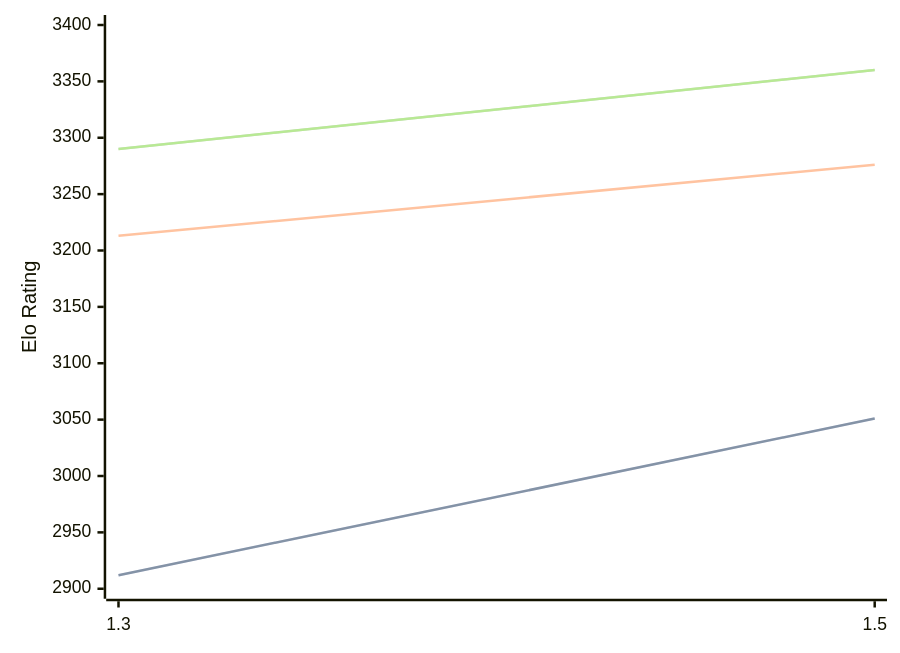
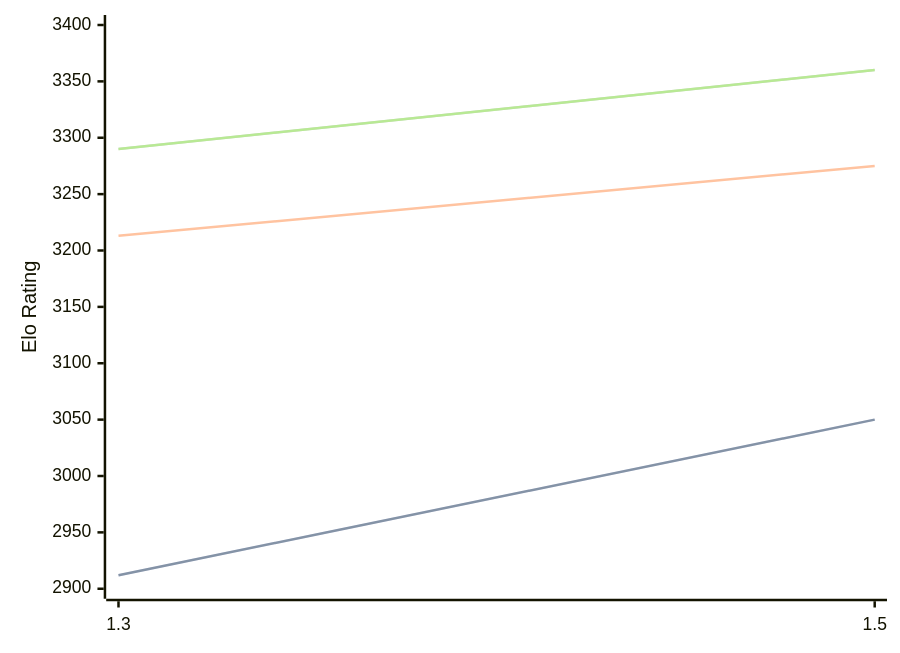
The diagram in engines/Lambergar.md (computer-chess-index/cci), drawn with Mermaid before and after one commit. The commit also changed other lines of this file, not shown here.

````diff
--- a/engines/Lambergar.md
+++ b/engines/Lambergar.md
@@ -32,11 +32,11 @@
 ```mermaid
 %%{init: {"theme":"base","themeVariables":{"seriesColors:['#a3a3a3','#222221','#faa371']}}}%%
 xychart-beta
   x-axis ["1.3", "1.5"]
   y-axis "Elo Rating" 2900 --> 3400
-  line "" [2912, 3051]
-  line "STC (8.0+0.08s)" [2912, 3051]
-  line "LTC (60.0+0.60s)" [3213, 3276]
+  line "" [2912, 3050]
+  line "STC (8.0+0.08s)" [2912, 3050]
+  line "LTC (60.0+0.60s)" [3213, 3275]
   line "" [3290, 3360]
   line "VLTC (2m24s+1.12s)" [3290, 3360]
 ```
````
